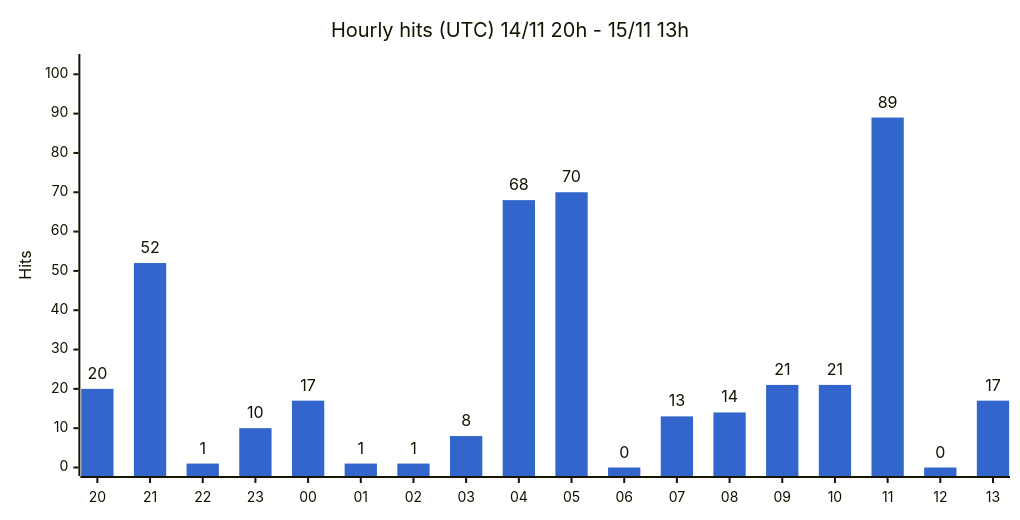
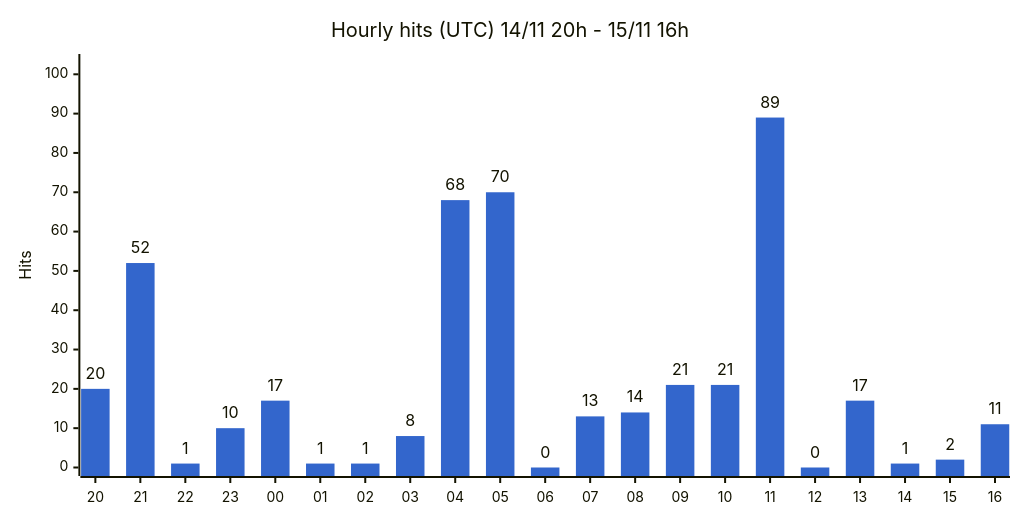
Before and after one commit to gmoulard/wikipedia2book: the first of 3 diagrams in docs/stats.md, drawn with Mermaid. The commit also changed other lines of this file and 1 other file, not shown here.

Commit message:
stats: deploy 2026-11-15 16:12 UTC

````diff
--- a/docs/stats.md
+++ b/docs/stats.md
@@ -17,8 +17,8 @@
 ```mermaid
 %%{init: {"xyChart": {"width": 1000, "showDataLabel": true, "showDataLabelOutsideBar": true}, "themeVariables": {"xyChart": {"plotColorPalette": "#3366cc"}}}}%%
 xychart-beta
-    title "Hourly hits (UTC) 14/11 20h - 15/11 13h"
-    x-axis ["20", "21", "22", "23", "00", "01", "02", "03", "04", "05", "06", "07", "08", "09", "10", "11", "12", "13"]
+    title "Hourly hits (UTC) 14/11 20h - 15/11 16h"
+    x-axis ["20", "21", "22", "23", "00", "01", "02", "03", "04", "05", "06", "07", "08", "09", "10", "11", "12", "13", "14", "15", "16"]
     y-axis "Hits" 0 --> 103
-    bar [20, 52, 1, 10, 17, 1, 1, 8, 68, 70, 0, 13, 14, 21, 21, 89, 0, 17]
+    bar [20, 52, 1, 10, 17, 1, 1, 8, 68, 70, 0, 13, 14, 21, 21, 89, 0, 17, 1, 2, 11]
 ```
````
